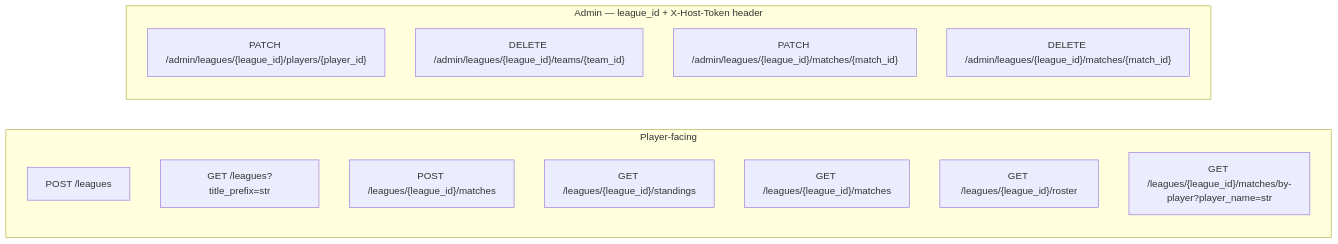
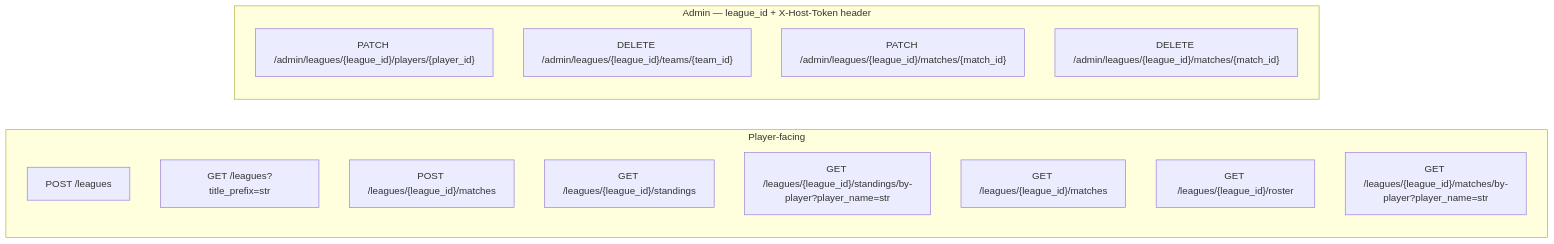
Before and after one commit to swjeong0825/TLMB_backend_main: the diagram in Design_Doc/TLMB_Design_doc/13_api_contracts.md, drawn with Mermaid. The commit also changed other lines of this file and 18 other files, not shown here.

````diff
--- a/Design_Doc/TLMB_Design_doc/13_api_contracts.md
+++ b/Design_Doc/TLMB_Design_doc/13_api_contracts.md
@@ -12,18 +12,19 @@
 ```mermaid
 flowchart LR
     subgraph player [Player-facing]
         P1["POST /leagues"]
         P1b["GET /leagues?title_prefix=str"]
         P2["POST /leagues/{league_id}/matches"]
         P3["GET /leagues/{league_id}/standings"]
+        P3b["GET /leagues/{league_id}/standings/by-player?player_name=str"]
         P4["GET /leagues/{league_id}/matches"]
         P5["GET /leagues/{league_id}/roster"]
         P6["GET /leagues/{league_id}/matches/by-player?player_name=str"]
     end
     subgraph admin ["Admin — league_id + X-Host-Token header"]
         A1["PATCH /admin/leagues/{league_id}/players/{player_id}"]
         A2["DELETE /admin/leagues/{league_id}/teams/{team_id}"]
         A3["PATCH /admin/leagues/{league_id}/matches/{match_id}"]
         A4["DELETE /admin/leagues/{league_id}/matches/{match_id}"]
     end
 ```
````
